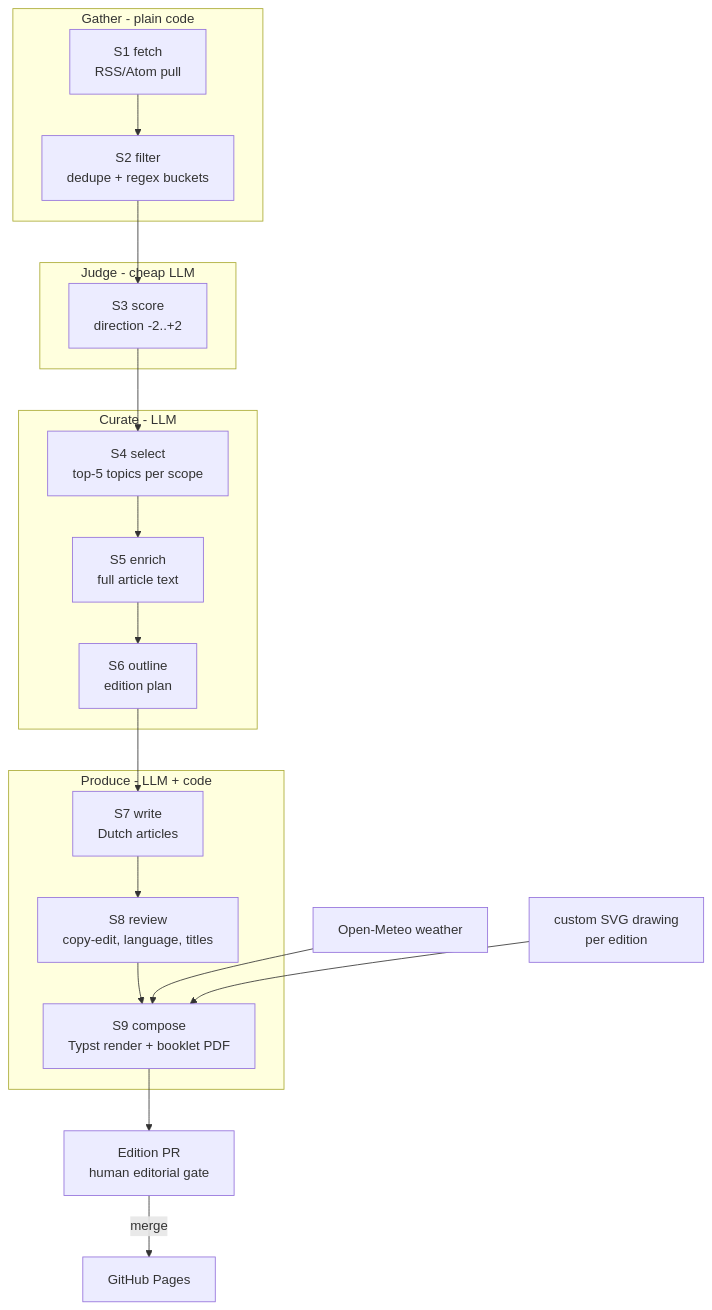
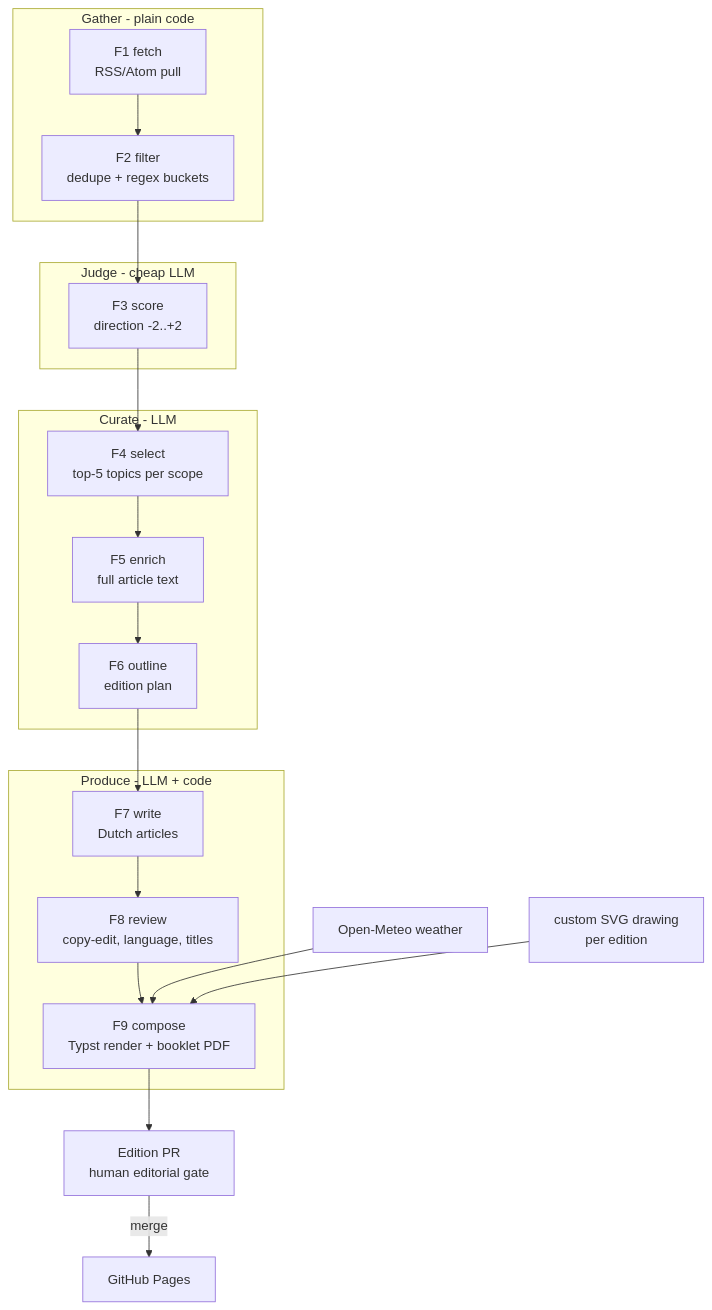
The diagram in docs/ARCHITECTURE.md (Paumen/Zonzijde), drawn with Mermaid before and after one commit. The commit also changed other lines of this file and 43 other files, not shown here.

````diff
--- a/docs/ARCHITECTURE.md
+++ b/docs/ARCHITECTURE.md
@@ -36,24 +36,24 @@
 ```mermaid
 flowchart TD
     subgraph gather [Gather - plain code]
-        S1[S1 fetch\nRSS/Atom pull] --> S2[S2 filter\ndedupe + regex buckets]
+        F1[F1 fetch\nRSS/Atom pull] --> F2[F2 filter\ndedupe + regex buckets]
     end
     subgraph judge [Judge - cheap LLM]
-        S3[S3 score\ndirection -2..+2]
+        F3[F3 score\ndirection -2..+2]
     end
     subgraph curate [Curate - LLM]
-        S4[S4 select\ntop-5 topics per scope]
-        S5[S5 enrich\nfull article text]
-        S6[S6 outline\nedition plan]
+        F4[F4 select\ntop-5 topics per scope]
+        F5[F5 enrich\nfull article text]
+        F6[F6 outline\nedition plan]
     end
     subgraph produce [Produce - LLM + code]
-        S7[S7 write\nDutch articles]
-        S8[S8 review\ncopy-edit, language, titles]
-        S9[S9 compose\nTypst render + booklet PDF]
+        F7[F7 write\nDutch articles]
+        F8[F8 review\ncopy-edit, language, titles]
+        F9[F9 compose\nTypst render + booklet PDF]
     end
-    S2 --> S3 --> S4 --> S5 --> S6 --> S7 --> S8 --> S9
-    S9 --> PR[Edition PR\nhuman editorial gate]
+    F2 --> F3 --> F4 --> F5 --> F6 --> F7 --> F8 --> F9
+    F9 --> PR[Edition PR\nhuman editorial gate]
     PR -->|merge| Pages[GitHub Pages]
-    W[Open-Meteo weather] --> S9
-    A[custom SVG drawing\nper edition] --> S9
+    W[Open-Meteo weather] --> F9
+    A[custom SVG drawing\nper edition] --> F9
 ```
````
